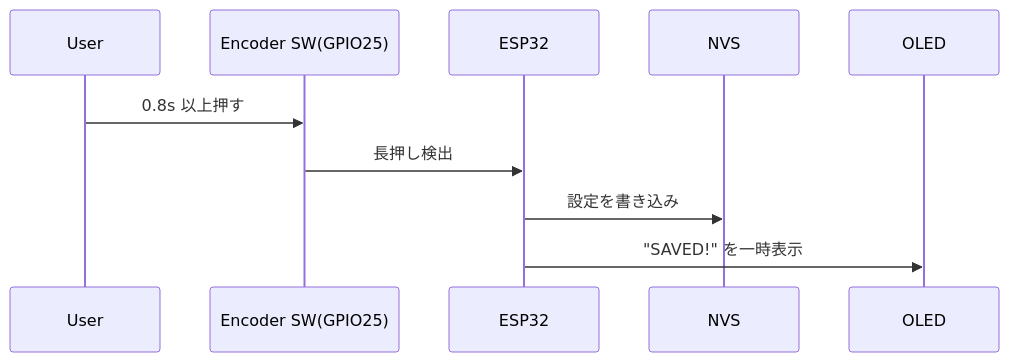
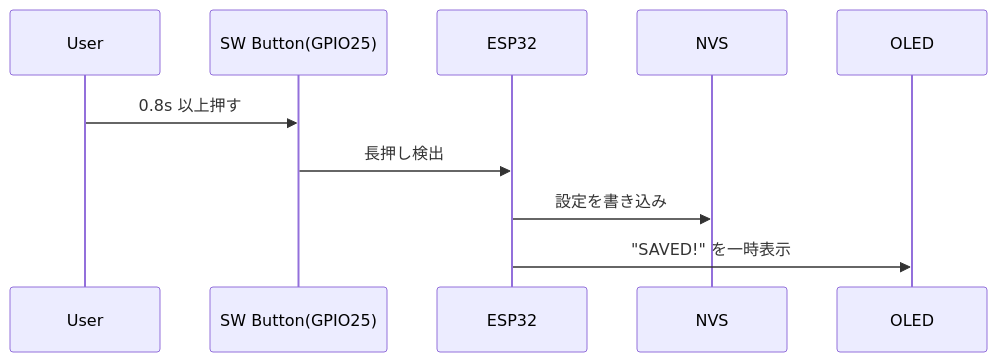
The second of 3 diagrams in README.md (uchiuno-shihaisiya/function-generator), drawn with Mermaid before and after one commit. The commit also changed other lines of this file, not shown here.

````diff
--- a/README.md
+++ b/README.md
@@ -327,12 +335,12 @@
 ```mermaid
 sequenceDiagram
     participant U as User
-    participant ENC as Encoder SW(GPIO25)
+    participant SW as SW Button(GPIO25)
     participant MCU as ESP32
     participant NVS as NVS
     participant OLED as OLED
-    U->>ENC: 0.8s 以上押す
-    ENC->>MCU: 長押し検出
+    U->>SW: 0.8s 以上押す
+    SW->>MCU: 長押し検出
     MCU->>NVS: 設定を書き込み
     MCU->>OLED: "SAVED!" を一時表示
 ```
````
